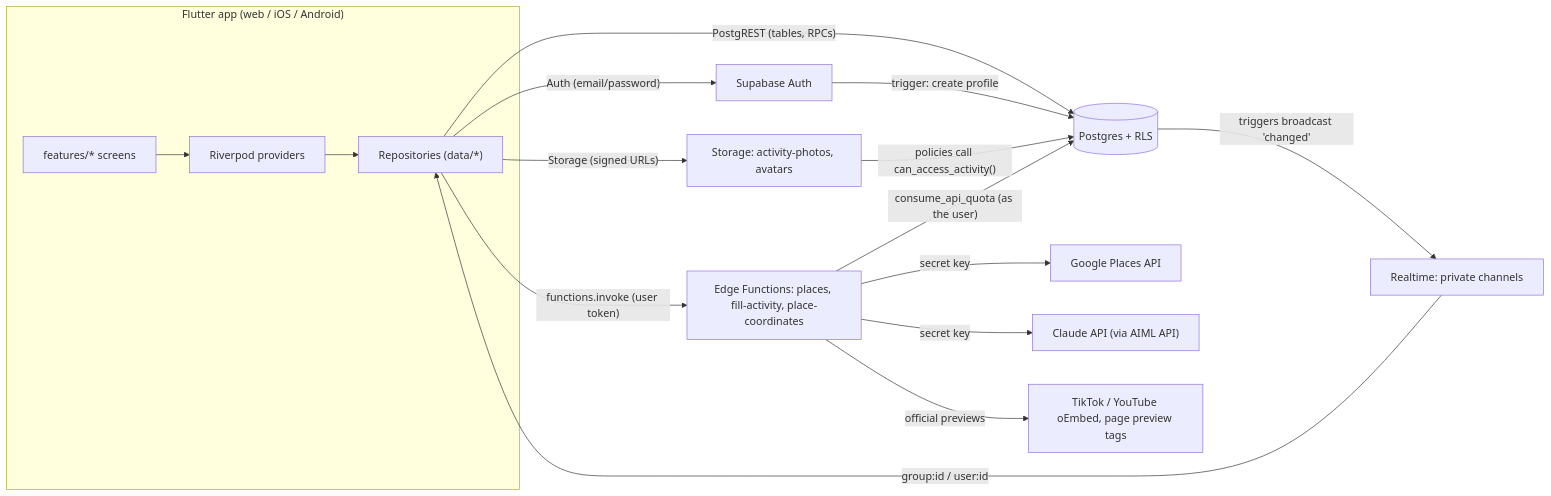
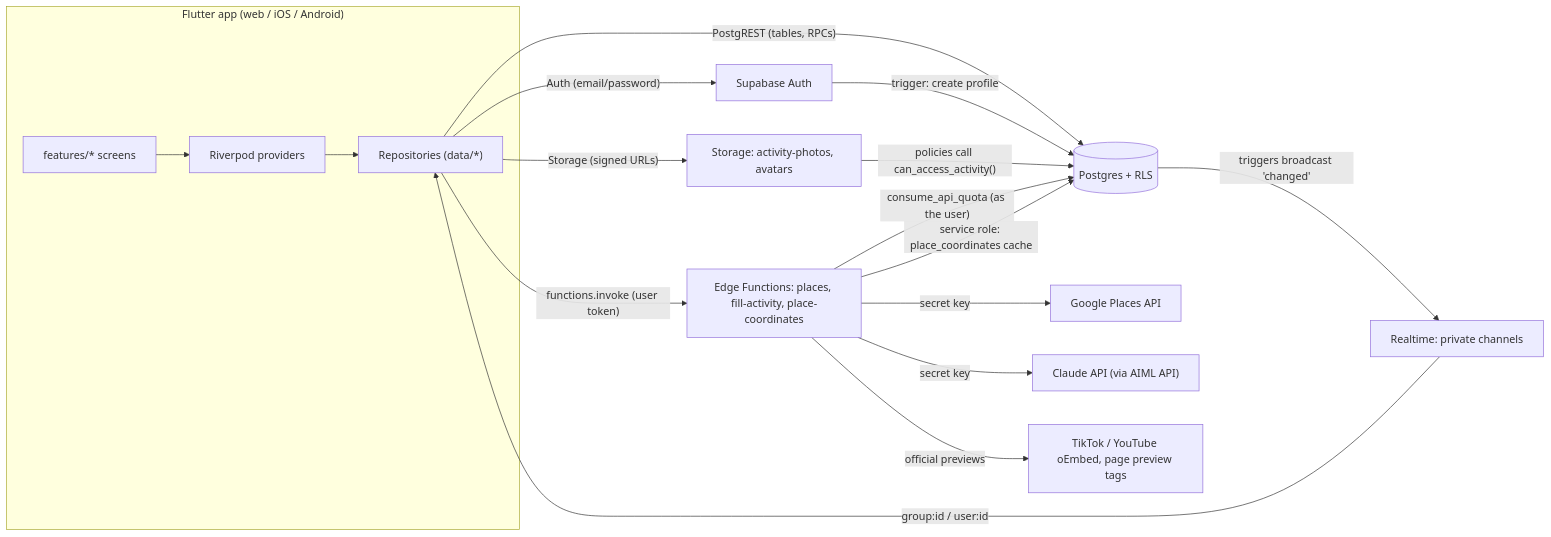
Before and after one commit to kangjin97/project1.0: the first of 2 diagrams in docs/architecture.md, drawn with Mermaid. The commit also changed other lines of this file and 11 other files, not shown here.

````diff
--- a/docs/architecture.md
+++ b/docs/architecture.md
@@ -5,19 +5,20 @@
 ```mermaid
 flowchart LR
   subgraph App["Flutter app (web / iOS / Android)"]
     UI["features/* screens"] --> P["Riverpod providers"]
     P --> R["Repositories (data/*)"]
   end
   R -- "PostgREST (tables, RPCs)" --> DB[(Postgres + RLS)]
   R -- "Auth (email/password)" --> AUTH[Supabase Auth]
   R -- "Storage (signed URLs)" --> ST[Storage: activity-photos, avatars]
   DB -- "triggers broadcast 'changed'" --> RT[Realtime: private channels]
   RT -- "group:id / user:id" --> R
   AUTH -- "trigger: create profile" --> DB
   ST -- "policies call can_access_activity()" --> DB
   R -- "functions.invoke (user token)" --> EF[Edge Functions: places, fill-activity, place-coordinates]
   EF -- "consume_api_quota (as the user)" --> DB
+  EF -- "service role: place_coordinates cache" --> DB
   EF -- "secret key" --> GP[Google Places API]
   EF -- "secret key" --> CL["Claude API (via AIML API)"]
   EF -- "official previews" --> WEB[TikTok / YouTube oEmbed, page preview tags]
 ```
````
